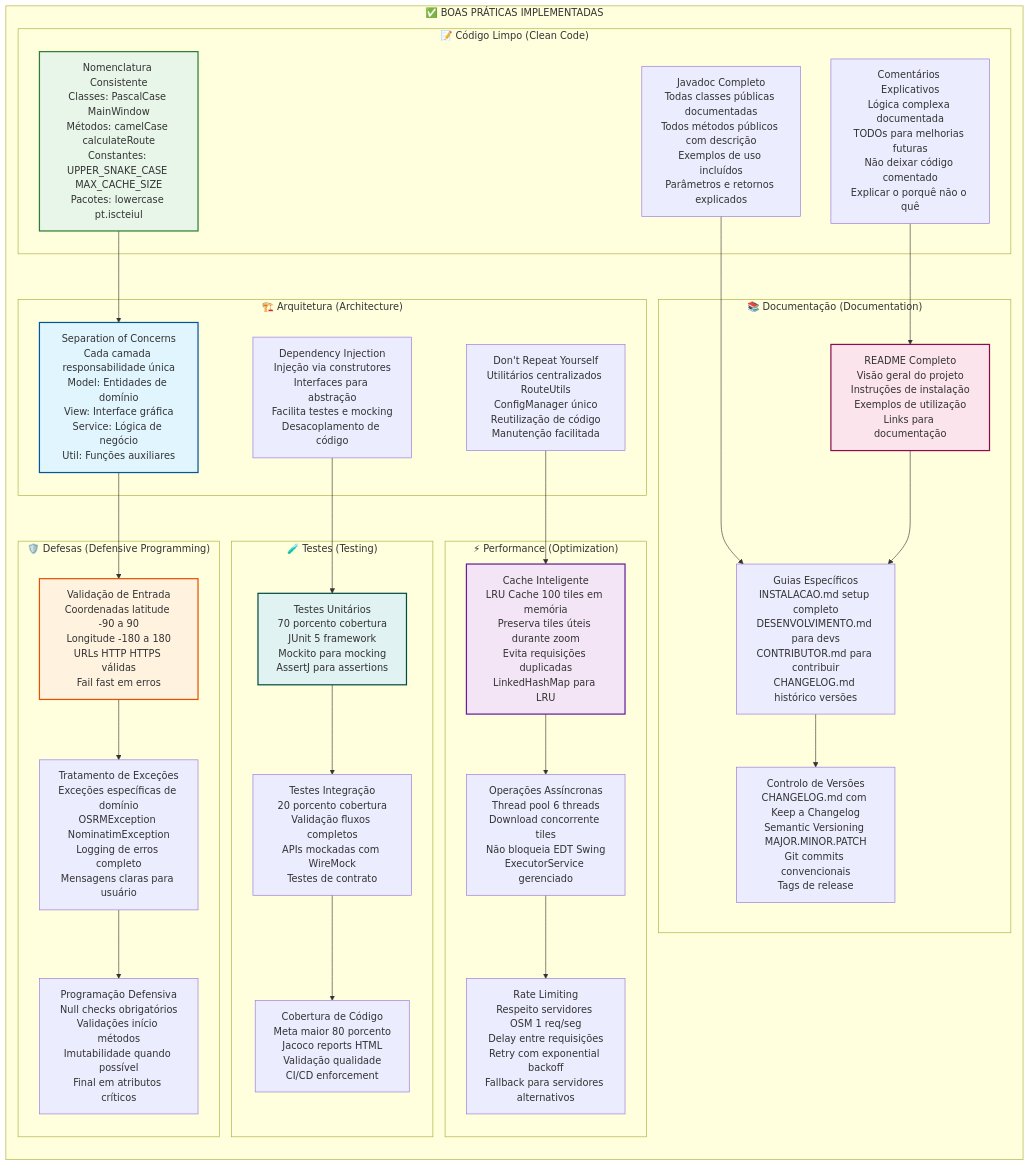
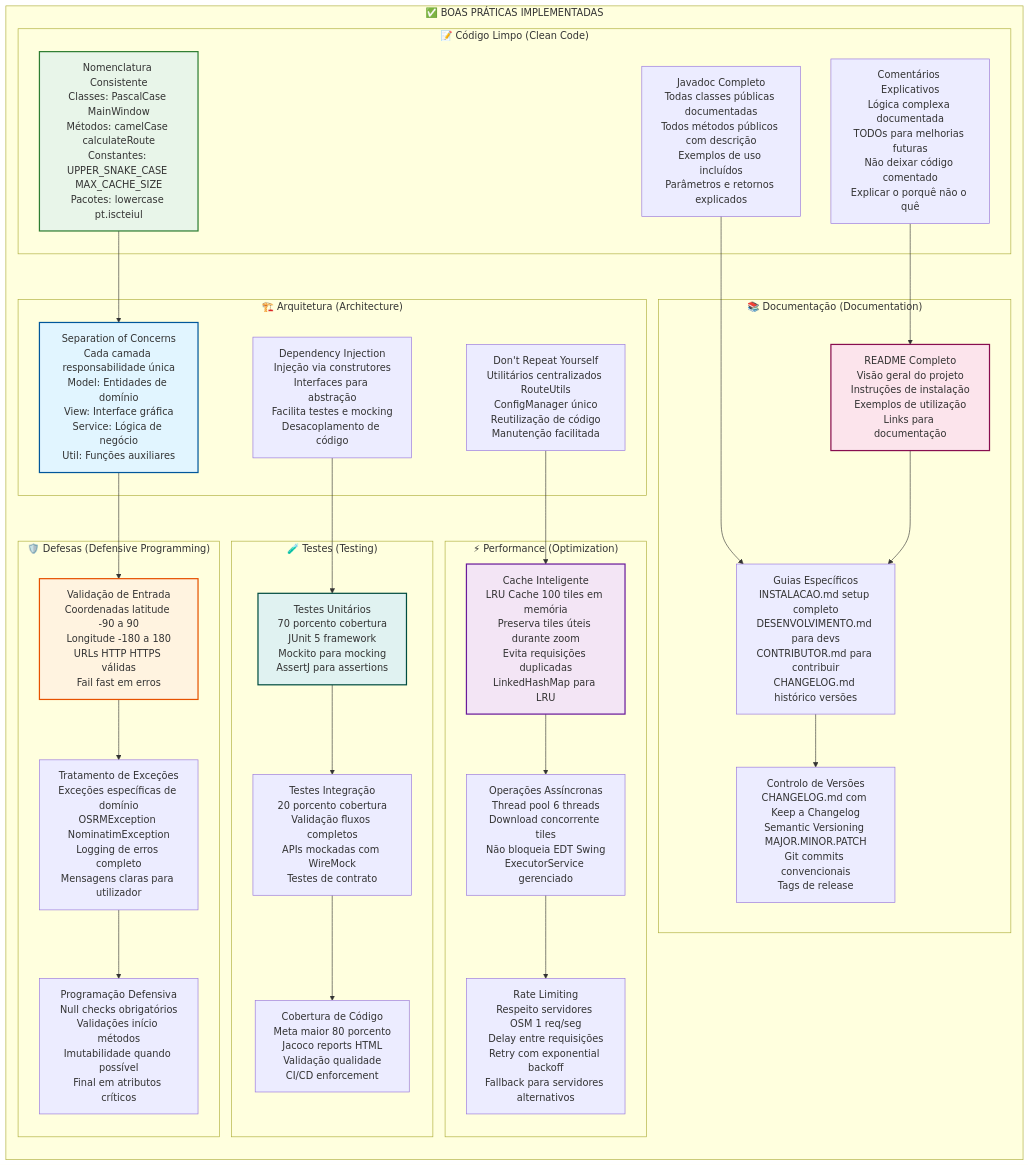
The second of 2 diagrams in docs/PADROES_E_BOAS_PRATICAS.md (AlexandreMendesISCTE/Projeto-de-Arquitetura-e-Desenho-de-Software), drawn with Mermaid before and after one commit. The commit also changed other lines of this file and 14 other files, not shown here.

````diff
--- a/docs/PADROES_E_BOAS_PRATICAS.md
+++ b/docs/PADROES_E_BOAS_PRATICAS.md
@@ -86,67 +86,67 @@
 ```mermaid
 graph LR
     subgraph "✅ BOAS PRÁTICAS IMPLEMENTADAS"
         subgraph "📝 Código Limpo (Clean Code)"
             NAMING[Nomenclatura Consistente<br/>Classes: PascalCase MainWindow<br/>Métodos: camelCase calculateRoute<br/>Constantes: UPPER_SNAKE_CASE MAX_CACHE_SIZE<br/>Pacotes: lowercase pt.iscteiul]
             JAVADOC[Javadoc Completo<br/>Todas classes públicas documentadas<br/>Todos métodos públicos com descrição<br/>Exemplos de uso incluídos<br/>Parâmetros e retornos explicados]
             COMMENTS[Comentários Explicativos<br/>Lógica complexa documentada<br/>TODOs para melhorias futuras<br/>Não deixar código comentado<br/>Explicar o porquê não o quê]
         end
         
         subgraph "🏗️ Arquitetura (Architecture)"
             SOC[Separation of Concerns<br/>Cada camada responsabilidade única<br/>Model: Entidades de domínio<br/>View: Interface gráfica<br/>Service: Lógica de negócio<br/>Util: Funções auxiliares]
             DI[Dependency Injection<br/>Injeção via construtores<br/>Interfaces para abstração<br/>Facilita testes e mocking<br/>Desacoplamento de código]
             DRY[Don't Repeat Yourself<br/>Utilitários centralizados RouteUtils<br/>ConfigManager único<br/>Reutilização de código<br/>Manutenção facilitada]
         end
         
         subgraph "🛡️ Defesas (Defensive Programming)"
             VALIDATION[Validação de Entrada<br/>Coordenadas latitude -90 a 90<br/>Longitude -180 a 180<br/>URLs HTTP HTTPS válidas<br/>Fail fast em erros]
-            EXCEPTIONS[Tratamento de Exceções<br/>Exceções específicas de domínio<br/>OSRMException NominatimException<br/>Logging de erros completo<br/>Mensagens claras para usuário]
+            EXCEPTIONS[Tratamento de Exceções<br/>Exceções específicas de domínio<br/>OSRMException NominatimException<br/>Logging de erros completo<br/>Mensagens claras para utilizador]
             DEFENSIVE[Programação Defensiva<br/>Null checks obrigatórios<br/>Validações início métodos<br/>Imutabilidade quando possível<br/>Final em atributos críticos]
         end
         
         subgraph "⚡ Performance (Optimization)"
             CACHE[Cache Inteligente<br/>LRU Cache 100 tiles em memória<br/>Preserva tiles úteis durante zoom<br/>Evita requisições duplicadas<br/>LinkedHashMap para LRU]
             ASYNC[Operações Assíncronas<br/>Thread pool 6 threads<br/>Download concorrente tiles<br/>Não bloqueia EDT Swing<br/>ExecutorService gerenciado]
             RATE_LIMIT[Rate Limiting<br/>Respeito servidores OSM 1 req/seg<br/>Delay entre requisições<br/>Retry com exponential backoff<br/>Fallback para servidores alternativos]
         end
         
         subgraph "📚 Documentação (Documentation)"
             README[README Completo<br/>Visão geral do projeto<br/>Instruções de instalação<br/>Exemplos de utilização<br/>Links para documentação]
             GUIDES[Guias Específicos<br/>INSTALACAO.md setup completo<br/>DESENVOLVIMENTO.md para devs<br/>CONTRIBUTOR.md para contribuir<br/>CHANGELOG.md histórico versões]
             CHANGELOG[Controlo de Versões<br/>CHANGELOG.md com Keep a Changelog<br/>Semantic Versioning MAJOR.MINOR.PATCH<br/>Git commits convencionais<br/>Tags de release]
         end
         
         subgraph "🧪 Testes (Testing)"
             UNIT_TESTS[Testes Unitários<br/>70 porcento cobertura<br/>JUnit 5 framework<br/>Mockito para mocking<br/>AssertJ para assertions]
             INTEGRATION[Testes Integração<br/>20 porcento cobertura<br/>Validação fluxos completos<br/>APIs mockadas com WireMock<br/>Testes de contrato]
             COVERAGE[Cobertura de Código<br/>Meta maior 80 porcento<br/>Jacoco reports HTML<br/>Validação qualidade<br/>CI/CD enforcement]
         end
     end
     
     NAMING --> SOC
     JAVADOC --> GUIDES
     COMMENTS --> README
     
     SOC --> VALIDATION
     DI --> UNIT_TESTS
     DRY --> CACHE
     
     VALIDATION --> EXCEPTIONS
     EXCEPTIONS --> DEFENSIVE
     
     CACHE --> ASYNC
     ASYNC --> RATE_LIMIT
     
     README --> GUIDES
     GUIDES --> CHANGELOG
     
     UNIT_TESTS --> INTEGRATION
     INTEGRATION --> COVERAGE
     
     style NAMING fill:#e8f5e9,stroke:#2e7d32,stroke-width:2px
     style SOC fill:#e1f5ff,stroke:#01579b,stroke-width:2px
     style VALIDATION fill:#fff3e0,stroke:#e65100,stroke-width:2px
     style CACHE fill:#f3e5f5,stroke:#6a1b9a,stroke-width:2px
     style README fill:#fce4ec,stroke:#880e4f,stroke-width:2px
     style UNIT_TESTS fill:#e0f2f1,stroke:#004d40,stroke-width:2px
 ```
````
